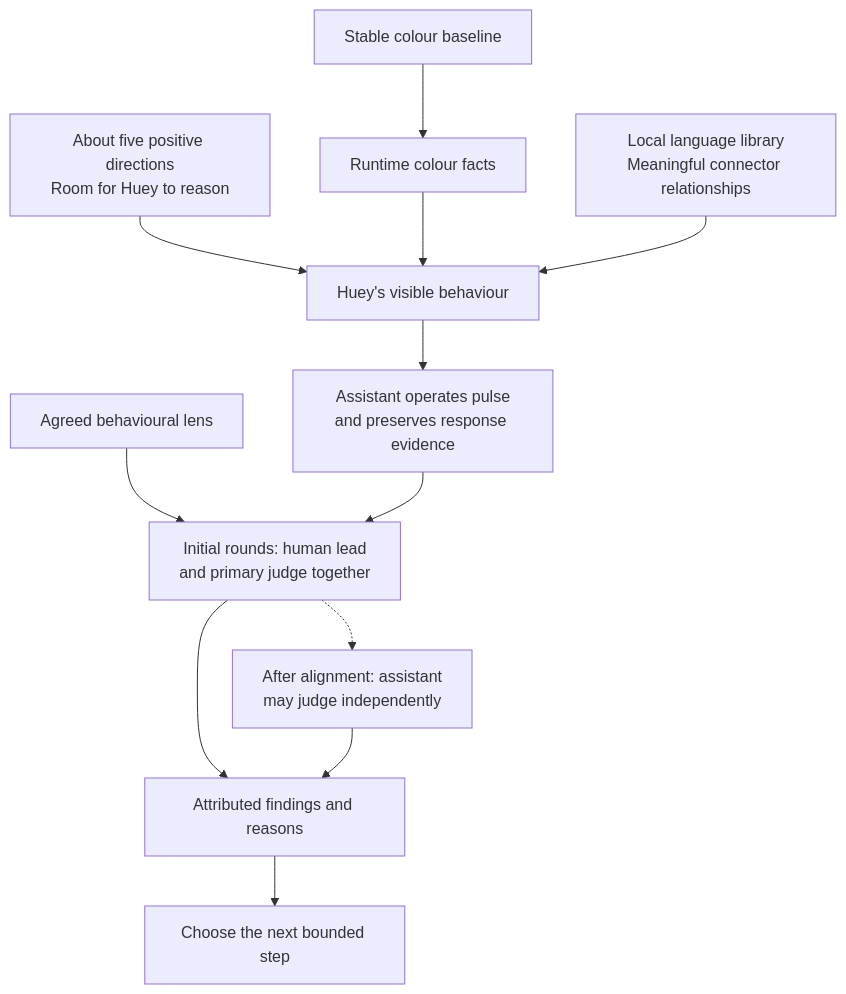
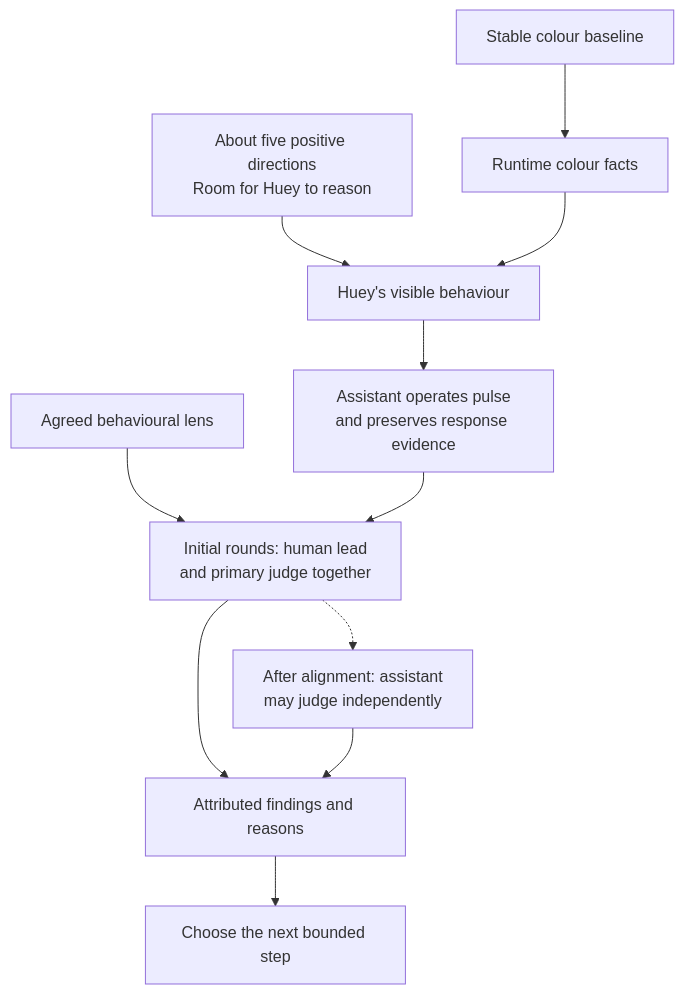
One commit to tryskian/huemiliator changed the diagram in docs/research/030_PB_BEHAVIOUR.md. Above: the diagram before and after it, drawn with Mermaid. The commit also changed other lines of this file and 9 other files, not shown here.

````diff
--- a/docs/research/030_PB_BEHAVIOUR.md
+++ b/docs/research/030_PB_BEHAVIOUR.md
@@ -66,14 +67,13 @@
 ```mermaid
 flowchart TD
   A["Stable colour baseline"] --> B["Runtime colour facts"]
   C["About five positive directions<br/>Room for Huey to reason"] --> D["Huey's visible behaviour"]
   B --> D
-  J["Local language library<br/>Meaningful connector relationships"] --> D
   D --> E["Assistant operates pulse<br/>and preserves response evidence"]
   F["Agreed behavioural lens"] --> G
   E --> G["Initial rounds: human lead<br/>and primary judge together"]
   G -.-> H["After alignment: assistant<br/>may judge independently"]
   G --> I["Attributed findings and reasons"]
   H --> I
   I --> K["Choose the next bounded step"]
 ```
````
